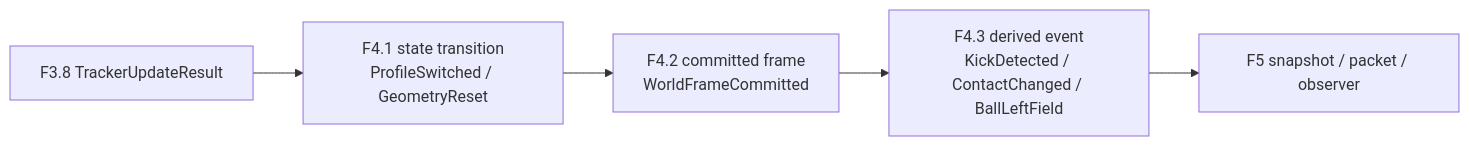
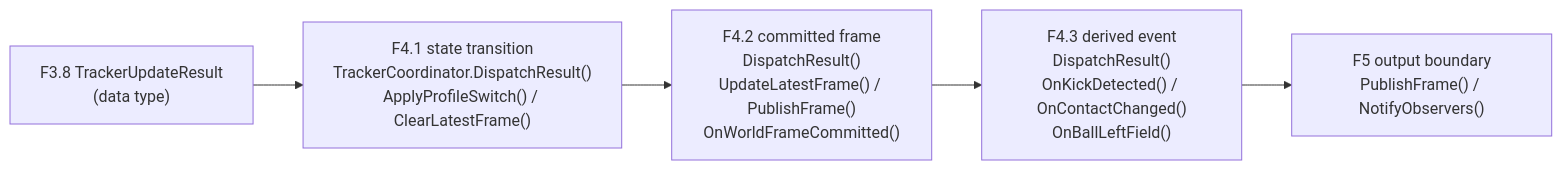
The eighth of 11 diagrams in Tracker/Design/Core/tracker-architecture-plan.md (ibis-ssl/Duck), drawn with Mermaid before and after one commit. The commit also changed other lines of this file, not shown here.

Commit message:
docs(tracker): フロー図を実装クラスとメソッドへ対応付ける

````diff
--- a/Tracker/Design/Core/tracker-architecture-plan.md
+++ b/Tracker/Design/Core/tracker-architecture-plan.md
@@ -344,10 +357,10 @@
 ```mermaid
 flowchart LR
-    Result["F3.8 TrackerUpdateResult"]
-    Transition["F4.1 state transition<br/>ProfileSwitched / GeometryReset"]
-    Frame["F4.2 committed frame<br/>WorldFrameCommitted"]
-    Derived["F4.3 derived event<br/>KickDetected / ContactChanged / BallLeftField"]
-    Output["F5 snapshot / packet / observer"]
+    Result["F3.8 TrackerUpdateResult<br/>(data type)"]
+    Transition["F4.1 state transition<br/>TrackerCoordinator.DispatchResult()<br/>ApplyProfileSwitch() / ClearLatestFrame()"]
+    Frame["F4.2 committed frame<br/>DispatchResult()<br/>UpdateLatestFrame() / PublishFrame()<br/>OnWorldFrameCommitted()"]
+    Derived["F4.3 derived event<br/>DispatchResult()<br/>OnKickDetected() / OnContactChanged()<br/>OnBallLeftField()"]
+    Output["F5 output boundary<br/>PublishFrame() / NotifyObservers()"]
 
     Result --> Transition --> Frame --> Derived --> Output
 ```
````
